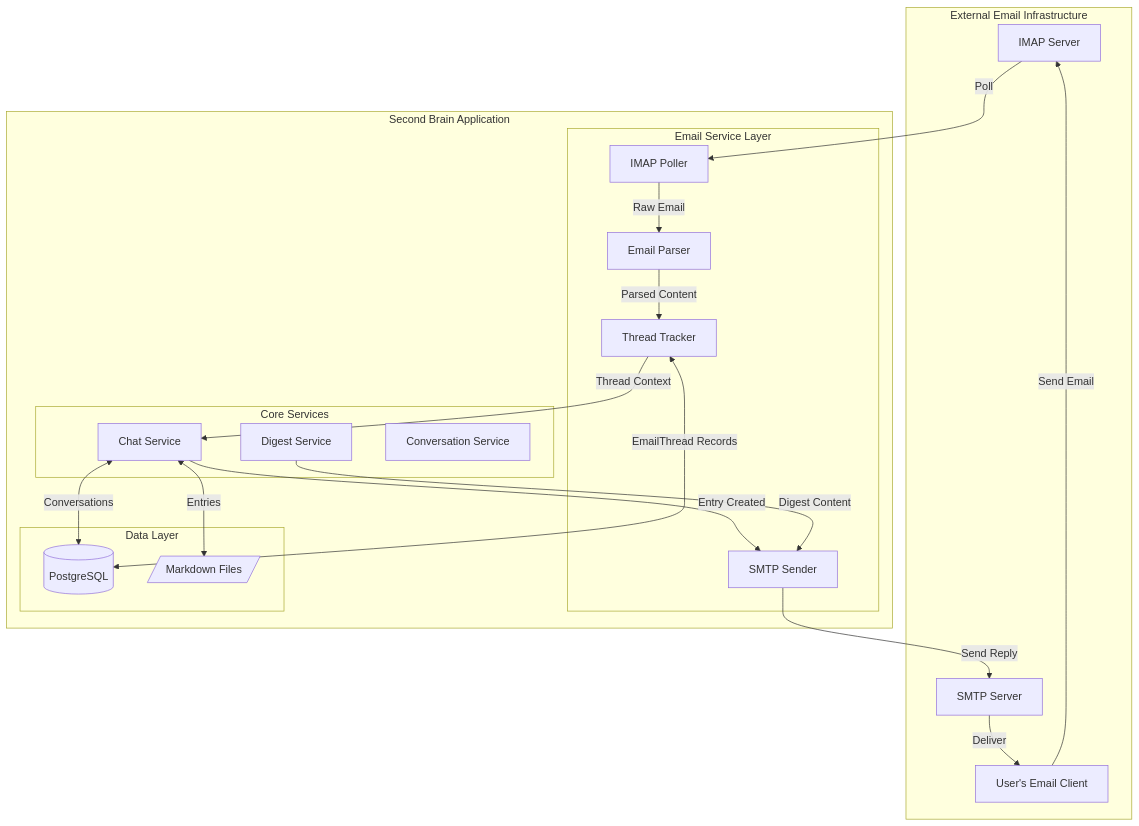
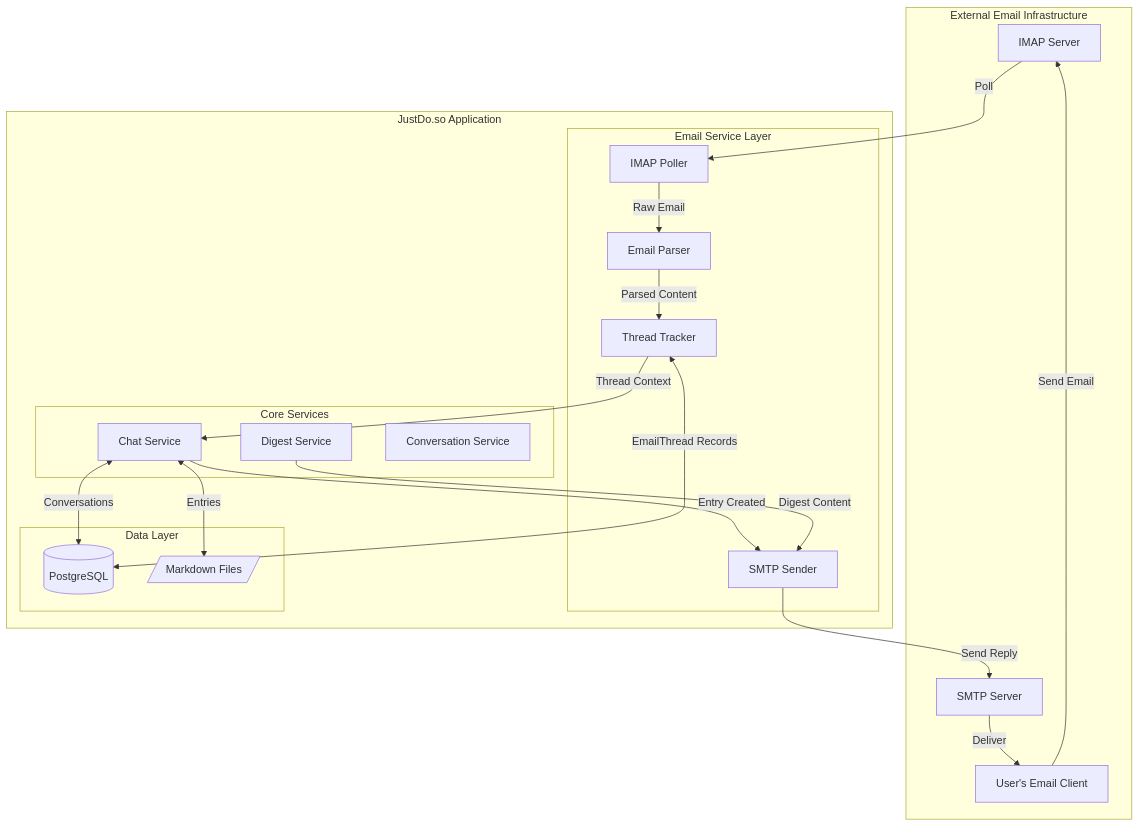
Before and after one commit to kreuzhofer/second-brain: the first of 3 diagrams in .kiro/specs/006-email-channel/design.md, drawn with Mermaid. The commit also changed other lines of this file and 60 other files, not shown here.

````diff
--- a/.kiro/specs/006-email-channel/design.md
+++ b/.kiro/specs/006-email-channel/design.md
@@ -16,43 +16,43 @@
 ```mermaid
 flowchart TB
     subgraph External["External Email Infrastructure"]
         IMAP[IMAP Server]
         SMTP[SMTP Server]
         UserEmail[User's Email Client]
     end
     
-    subgraph App["Second Brain Application"]
+    subgraph App["JustDo.so Application"]
         subgraph EmailService["Email Service Layer"]
             ImapPoller[IMAP Poller]
             EmailParser[Email Parser]
             ThreadTracker[Thread Tracker]
             SmtpSender[SMTP Sender]
         end
         
         subgraph Core["Core Services"]
             ChatService[Chat Service]
             DigestService[Digest Service]
             ConversationService[Conversation Service]
         end
         
         subgraph Data["Data Layer"]
             DB[(PostgreSQL)]
             FS[/Markdown Files/]
         end
     end
     
     UserEmail -->|Send Email| IMAP
     IMAP -->|Poll| ImapPoller
     ImapPoller -->|Raw Email| EmailParser
     EmailParser -->|Parsed Content| ThreadTracker
     ThreadTracker -->|Thread Context| ChatService
     ChatService -->|Entry Created| SmtpSender
     SmtpSender -->|Send Reply| SMTP
     SMTP -->|Deliver| UserEmail
     
     DigestService -->|Digest Content| SmtpSender
     
     ThreadTracker <-->|EmailThread Records| DB
     ChatService <-->|Conversations| DB
     ChatService <-->|Entries| FS
 ```
````
